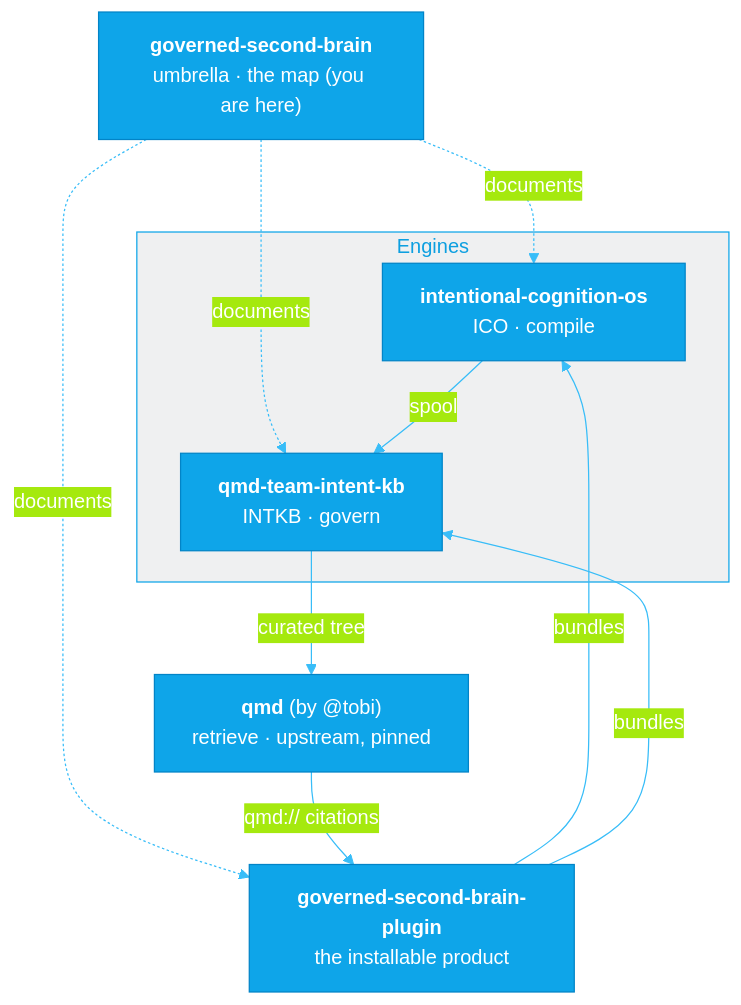
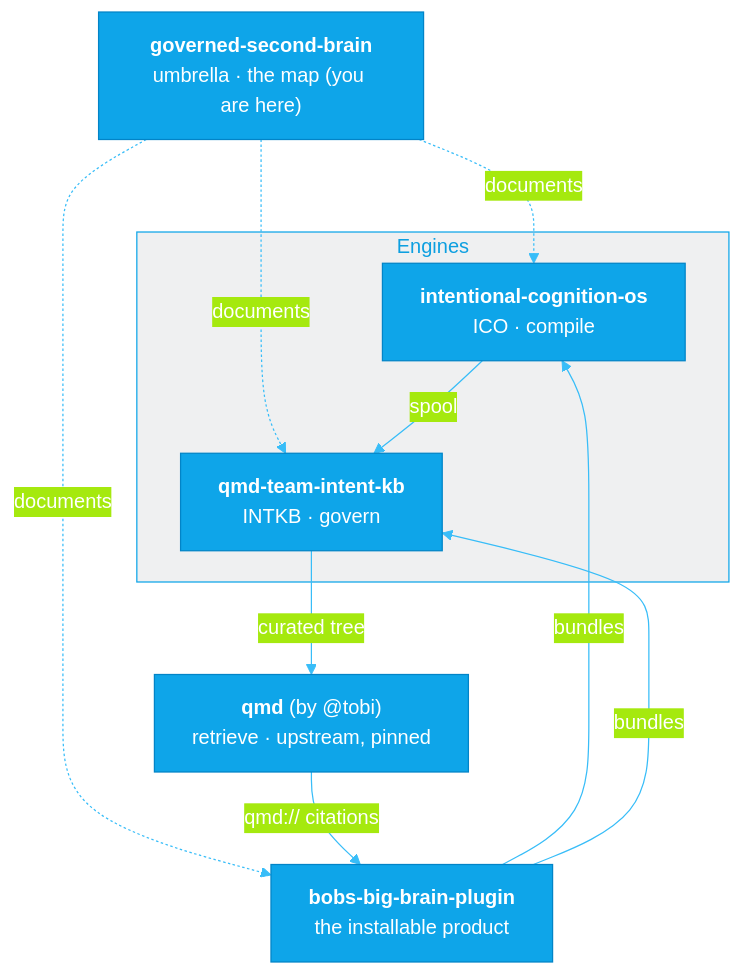
The first of 3 diagrams in README.md (intent-solutions-io/governed-second-brain), drawn with Mermaid before and after one commit. The commit also changed other lines of this file and 11 other files, not shown here.

First line of the commit message:
docs(rename): canonicalize the plugin repo to bobs-big-brain-plugin across umbrella references (#46)

````diff
--- a/README.md
+++ b/README.md
@@ -83,22 +83,22 @@
 ```mermaid
 %%{init: {'theme':'base','themeVariables':{
   'primaryColor':'#0ea5e9','primaryBorderColor':'#0284c7','primaryTextColor':'#ffffff',
   'lineColor':'#38bdf8','clusterBkg':'#0c192910','clusterBorder':'#0ea5e9'}}}%%
 flowchart TB
     UMB["<b>governed-second-brain</b><br/>umbrella · the map (you are here)"]
     subgraph ENG["Engines"]
         ICO["<b>intentional-cognition-os</b><br/>ICO · compile"]
         INTKB["<b>qmd-team-intent-kb</b><br/>INTKB · govern"]
     end
     QMD["<b>qmd</b> (by @tobi)<br/>retrieve · upstream, pinned"]
-    PLUG["<b>governed-second-brain-plugin</b><br/>the installable product"]
+    PLUG["<b>bobs-big-brain-plugin</b><br/>the installable product"]
 
     UMB -. documents .-> ICO
     UMB -. documents .-> INTKB
     UMB -. documents .-> PLUG
     PLUG -->|bundles| ICO
     PLUG -->|bundles| INTKB
     ICO -->|spool| INTKB
     INTKB -->|curated tree| QMD
     QMD -->|qmd:// citations| PLUG
 ```
````
